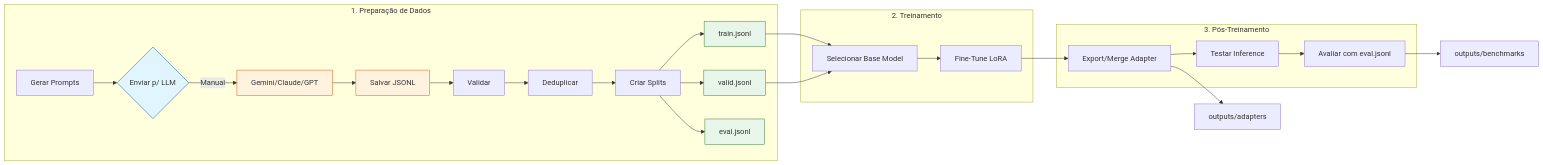
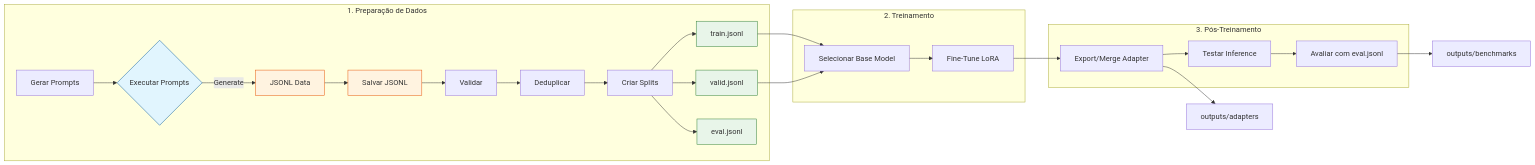
One commit to otavio-lemos/olia-2-oci changed the diagram in README.md. Above: the diagram before and after it, drawn with Mermaid. The commit also changed other lines of this file and 85 other files, not shown here.

````diff
--- a/README.md
+++ b/README.md
@@ -186,36 +186,36 @@
 ```mermaid
 flowchart LR
     subgraph DataPrep["1. Preparação de Dados"]
-        DP1[Gerar Prompts] --> DP2{Enviar p/ LLM}
-        DP2 -->|Manual| DP3[Gemini/Claude/GPT]
+        DP1[Gerar Prompts] --> DP2{Executar Prompts}
+        DP2 -->|Generate| DP3[JSONL Data]
         DP3 --> DP4[Salvar JSONL]
         DP4 --> DP5[Validar]
         DP5 --> DP6[Deduplicar]
         DP6 --> DP7[Criar Splits]
         DP7 --> Train[train.jsonl]
         DP7 --> Valid[valid.jsonl]
         DP7 --> Eval[eval.jsonl]
     end
     
     subgraph Training["2. Treinamento"]
         Train --> T1[Selecionar Base Model]
         Valid --> T1
         T1 --> T2[Fine-Tune LoRA]
     end
     
     subgraph PostProcess["3. Pós-Treinamento"]
         T2 --> P1[Export/Merge Adapter]
         P1 --> P2[Testar Inference]
         P2 --> P3[Avaliar com eval.jsonl]
     end
     
     P1 --> outputs/adapters
     P3 --> outputs/benchmarks
     
     style DP2 fill:#e1f5fe,stroke:#01579b
     style DP3 fill:#fff3e0,stroke:#e65100
     style DP4 fill:#fff3e0,stroke:#e65100
     style Train fill:#e8f5e9,stroke:#2e7d32
     style Valid fill:#e8f5e9,stroke:#2e7d32
     style Eval fill:#e8f5e9,stroke:#2e7d32
 ```
````
